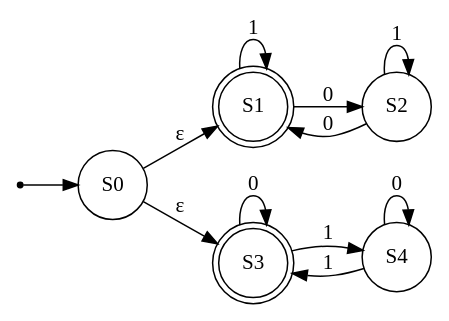
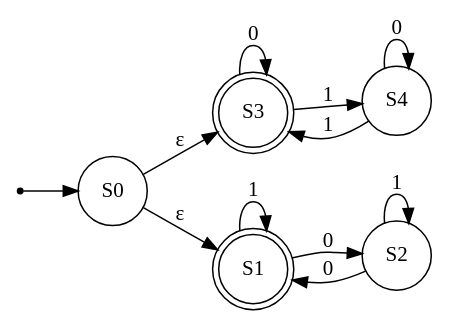
The diagram in examples/graph5_nfa.dot (Quentin18/fsmdot), drawn with Graphviz before and after one commit. The commit also changed 15 other files, not shown here.

```diff
--- a/examples/graph5_nfa.dot
+++ b/examples/graph5_nfa.dot
@@ -1,18 +1,18 @@
-strict digraph NFA {
+strict digraph FSM {
 	graph [rankdir=LR];
 	node [shape=circle];
+	null	[shape=point];
+	null -> S0;
+	S3	[shape=doublecircle];
+	S3 -> S3	[label=0];
+	S3 -> S4	[label=1];
 	S1	[shape=doublecircle];
-	S0 -> S1	[label=ε];
-	S3	[shape=doublecircle];
-	S0 -> S3	[label=ε];
 	S1 -> S1	[label=1];
 	S1 -> S2	[label=0];
+	S0 -> S3	[label=ε];
+	S0 -> S1	[label=ε];
+	S4 -> S3	[label=1];
+	S4 -> S4	[label=0];
 	S2 -> S1	[label=0];
 	S2 -> S2	[label=1];
-	S3 -> S3	[label=0];
-	S3 -> S4	[label=1];
-	S4 -> S3	[label=1];
-	S4 -> S4	[label=0];
-	null	[shape=point];
-	null -> S0;
 }
```
